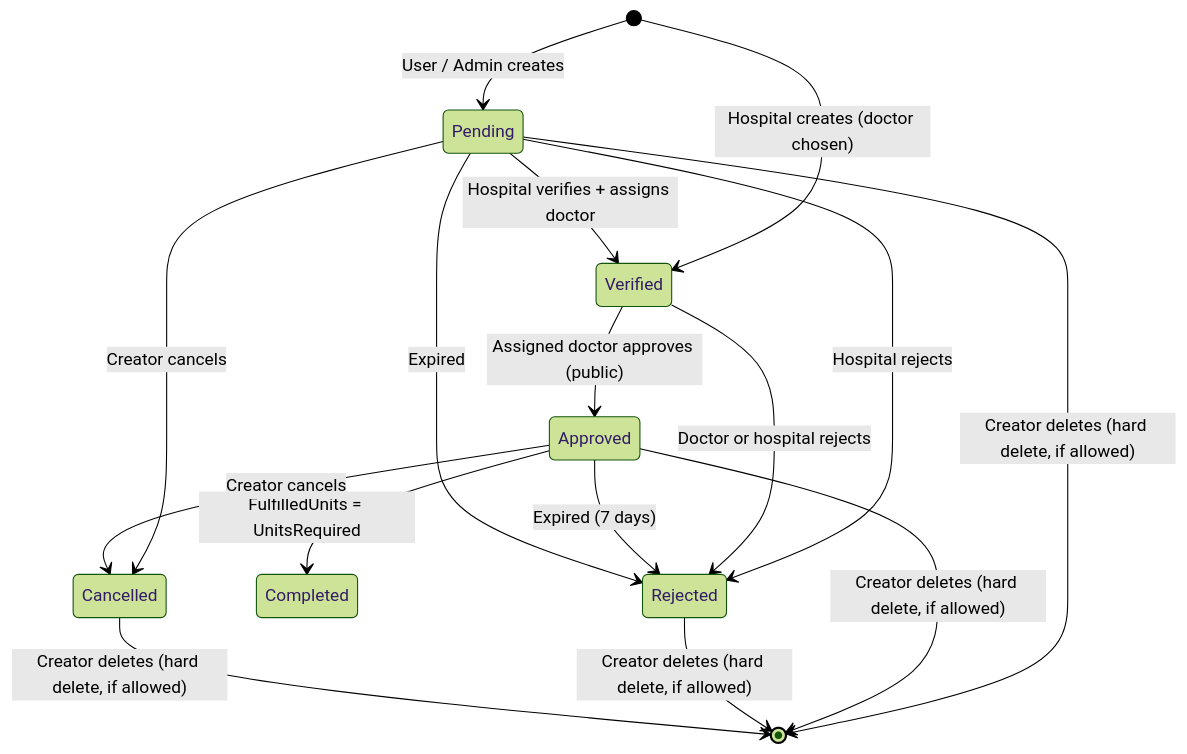
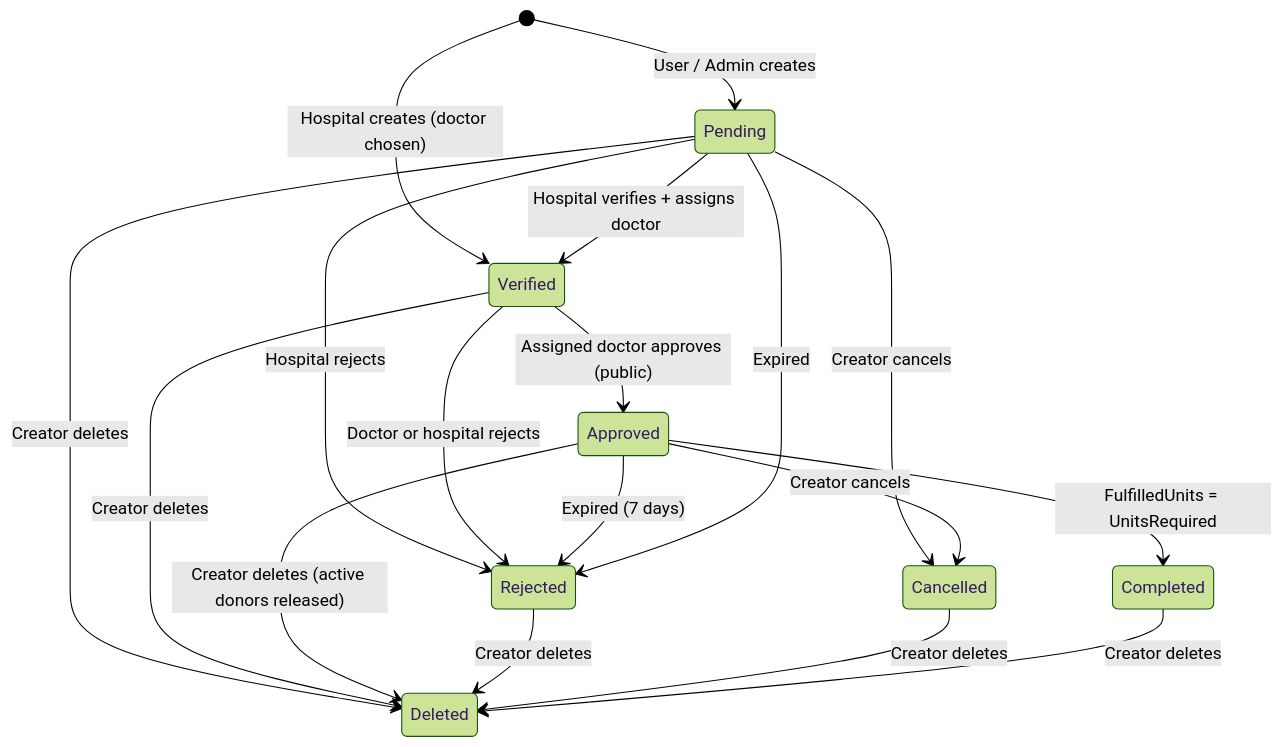
Before and after one commit to Thavarubanp/LIfelink: the sixth of 10 diagrams in lifelink.readme.md, drawn with Mermaid (forest theme). The commit also changed other lines of this file and 175 other files, not shown here.

````diff
--- a/lifelink.readme.md
+++ b/lifelink.readme.md
@@ -713,18 +752,20 @@
 ```mermaid
 stateDiagram-v2
   [*] --> Pending: User / Admin creates
   [*] --> Verified: Hospital creates (doctor chosen)
   Pending --> Verified: Hospital verifies + assigns doctor
   Pending --> Rejected: Hospital rejects
   Verified --> Approved: Assigned doctor approves (public)
   Verified --> Rejected: Doctor or hospital rejects
   Approved --> Completed: FulfilledUnits = UnitsRequired
   Approved --> Rejected: Expired (7 days)
   Pending --> Rejected: Expired
   Pending --> Cancelled: Creator cancels
   Approved --> Cancelled: Creator cancels
-  Pending --> [*]: Creator deletes (hard delete, if allowed)
-  Approved --> [*]: Creator deletes (hard delete, if allowed)
-  Rejected --> [*]: Creator deletes (hard delete, if allowed)
-  Cancelled --> [*]: Creator deletes (hard delete, if allowed)
+  Pending --> Deleted: Creator deletes
+  Verified --> Deleted: Creator deletes
+  Approved --> Deleted: Creator deletes (active donors released)
+  Rejected --> Deleted: Creator deletes
+  Cancelled --> Deleted: Creator deletes
+  Completed --> Deleted: Creator deletes
 ```
````
